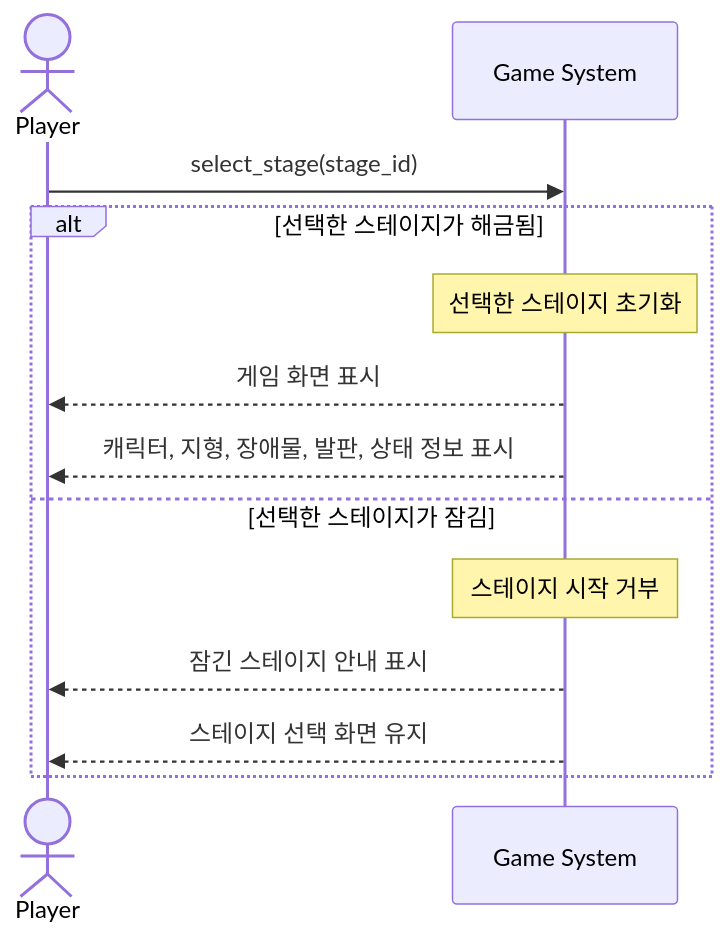
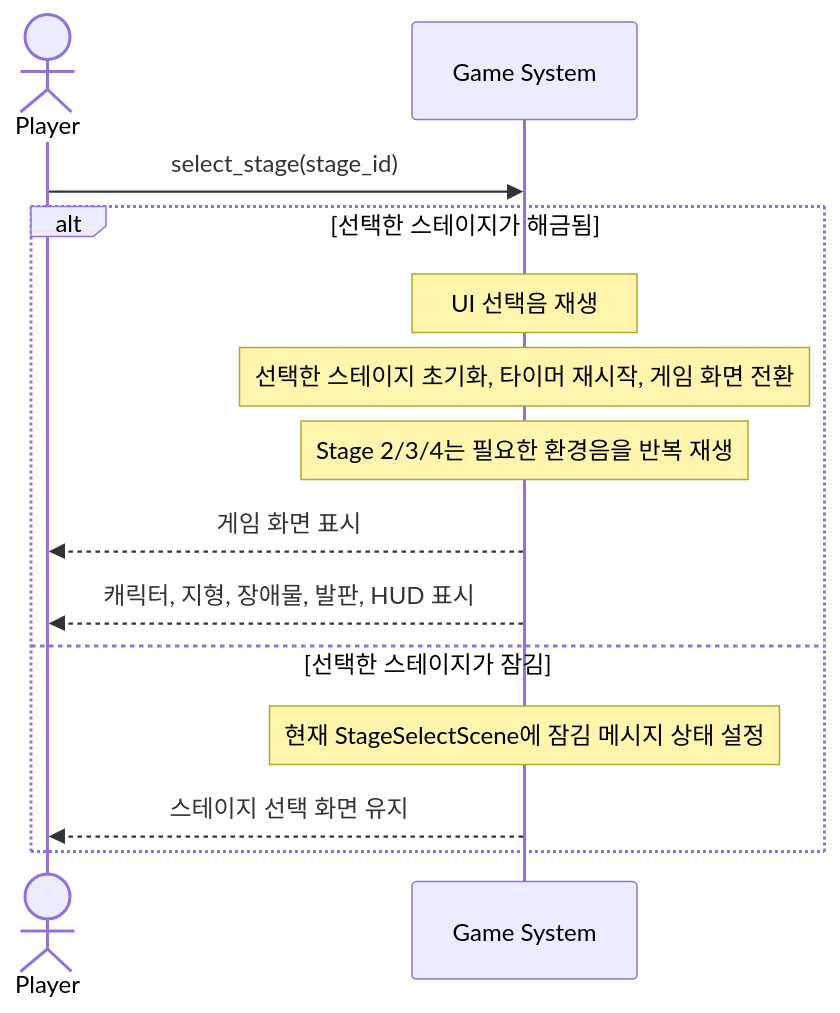
One commit to wisewo/kongoose changed the fourth of 7 diagrams in doc/04_system_sequence_diagrams.md. Above: the diagram before and after it, drawn with Mermaid. The commit also changed other lines of this file and 33 other files, not shown here.

````diff
--- a/doc/04_system_sequence_diagrams.md
+++ b/doc/04_system_sequence_diagrams.md
@@ -79,17 +81,18 @@
 ```mermaid
 sequenceDiagram
     actor Player
     participant System as Game System
 
     Player->>System: select_stage(stage_id)
 
     alt 선택한 스테이지가 해금됨
-        Note over System: 선택한 스테이지 초기화
+        Note over System: UI 선택음 재생
+        Note over System: 선택한 스테이지 초기화, 타이머 재시작, 게임 화면 전환
+        Note over System: Stage 2/3/4는 필요한 환경음을 반복 재생
         System-->>Player: 게임 화면 표시
-        System-->>Player: 캐릭터, 지형, 장애물, 발판, 상태 정보 표시
+        System-->>Player: 캐릭터, 지형, 장애물, 발판, HUD 표시
     else 선택한 스테이지가 잠김
-        Note over System: 스테이지 시작 거부
-        System-->>Player: 잠긴 스테이지 안내 표시
+        Note over System: 현재 StageSelectScene에 잠김 메시지 상태 설정
         System-->>Player: 스테이지 선택 화면 유지
     end
 ```
````
